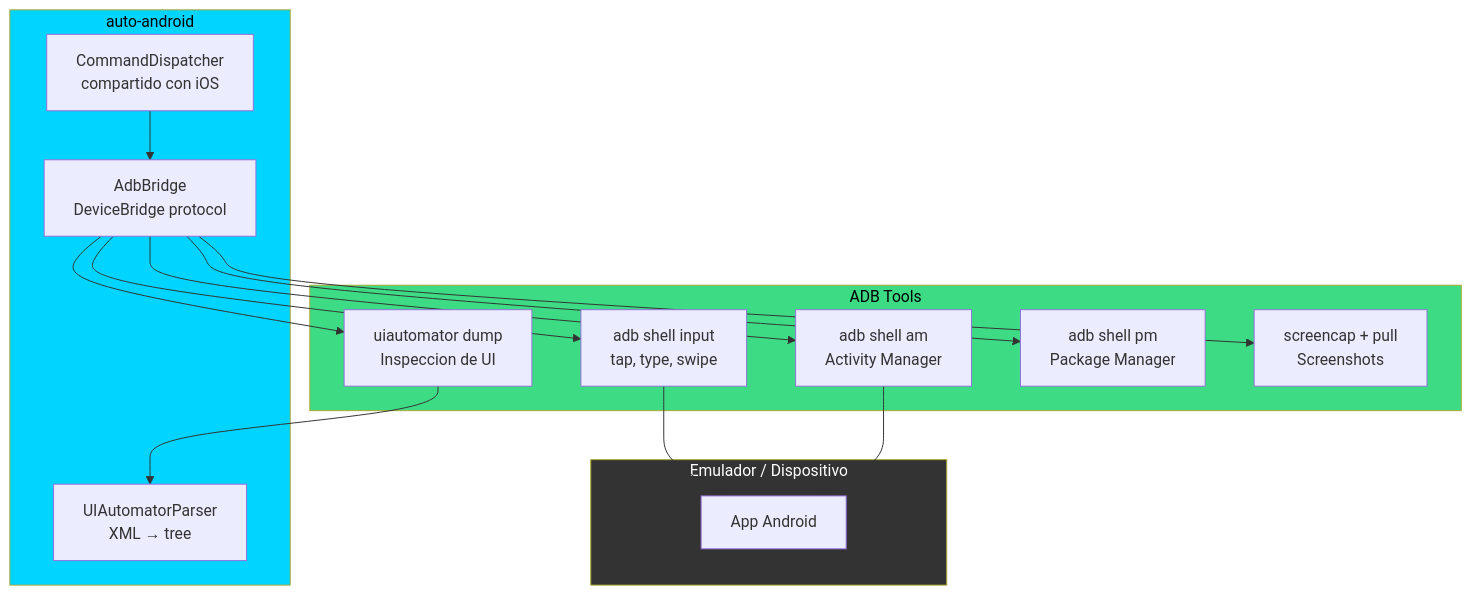
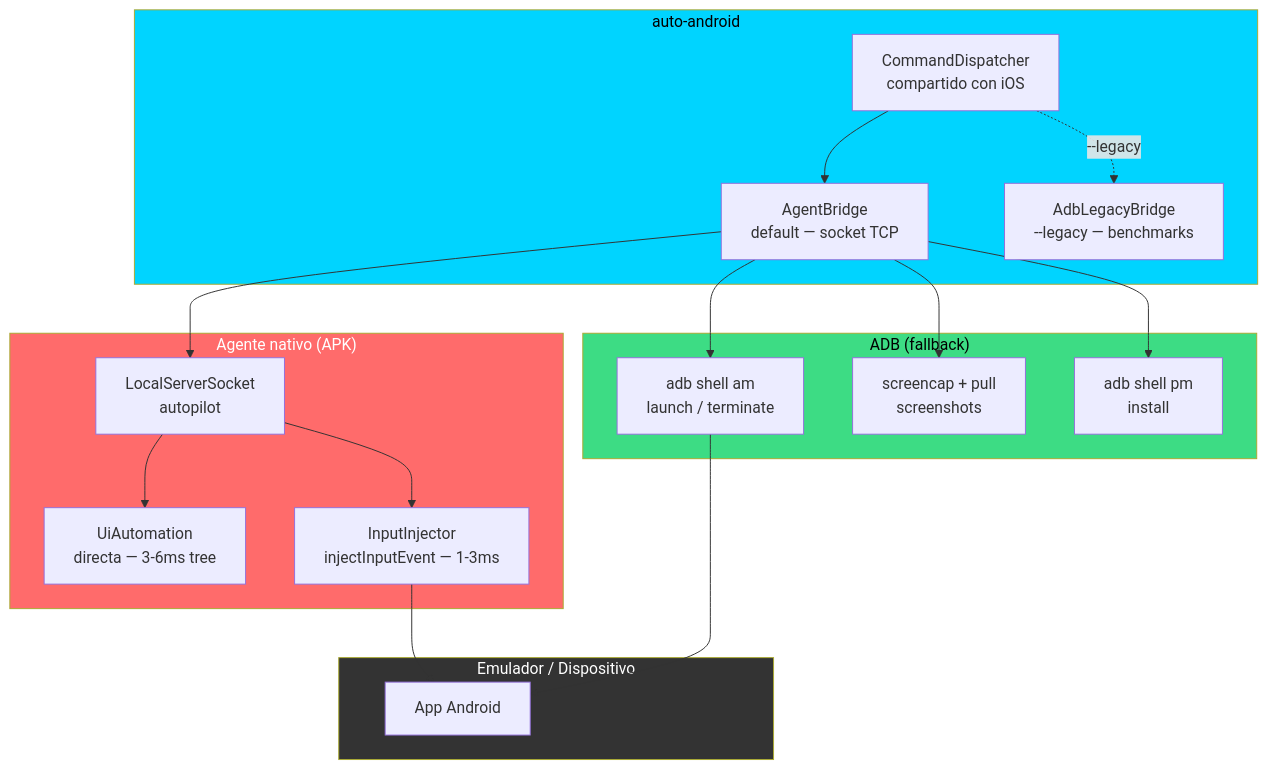
Before and after one commit to fsaldivar-dev/AutoPilot: the diagram in docs/android/README.md, drawn with Mermaid. The commit also changed 3 other files, not shown here.

First line of the commit message:
docs: AgentBridge integrado — benchmarks, arquitectura, bitácora

````diff
--- a/docs/android/README.md
+++ b/docs/android/README.md
@@ -9,34 +9,40 @@
 ```mermaid
 graph TB
     subgraph CLI["auto-android"]
         CMD[CommandDispatcher<br/>compartido con iOS]
-        BRIDGE[AdbBridge<br/>DeviceBridge protocol]
-        PARSER[UIAutomatorParser<br/>XML → tree]
+        AGENT_B[AgentBridge<br/>default — socket TCP]
+        LEGACY_B[AdbLegacyBridge<br/>--legacy — benchmarks]
     end
 
-    subgraph ADB["ADB Tools"]
-        INPUT["adb shell input<br/>tap, type, swipe"]
-        UIA["uiautomator dump<br/>Inspeccion de UI"]
-        AM["adb shell am<br/>Activity Manager"]
-        PM["adb shell pm<br/>Package Manager"]
-        SCREEN["screencap + pull<br/>Screenshots"]
+    subgraph Agent["Agente nativo (APK)"]
+        SOCKET[LocalServerSocket<br/>autopilot]
+        UIA_DIRECT[UiAutomation<br/>directa — 3-6ms tree]
+        INJECT[InputInjector<br/>injectInputEvent — 1-3ms]
+    end
+
+    subgraph ADB["ADB (fallback)"]
+        AM["adb shell am<br/>launch / terminate"]
+        SCREEN["screencap + pull<br/>screenshots"]
+        PM["adb shell pm<br/>install"]
     end
 
     subgraph Device["Emulador / Dispositivo"]
         APP["App Android"]
     end
 
-    CMD --> BRIDGE
-    BRIDGE --> INPUT
-    BRIDGE --> UIA
-    BRIDGE --> AM
-    BRIDGE --> PM
-    BRIDGE --> SCREEN
-    UIA --> PARSER
-    INPUT --> APP
+    CMD --> AGENT_B
+    CMD -.->|--legacy| LEGACY_B
+    AGENT_B --> SOCKET
+    SOCKET --> UIA_DIRECT
+    SOCKET --> INJECT
+    AGENT_B --> AM
+    AGENT_B --> SCREEN
+    AGENT_B --> PM
+    INJECT --> APP
     AM --> APP
 
     style CLI fill:#00D4FF,color:#000
+    style Agent fill:#FF6B6B,color:#fff
     style ADB fill:#3DDC84,color:#000
     style Device fill:#333,color:#fff
 ```
````
